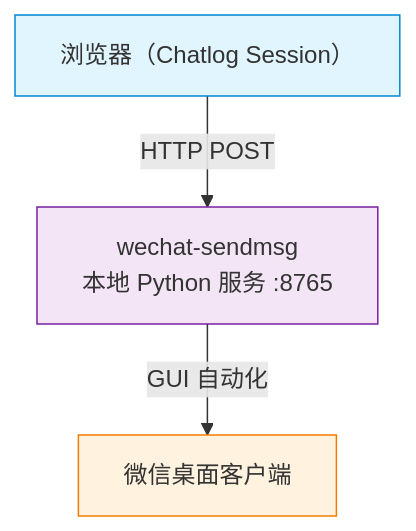
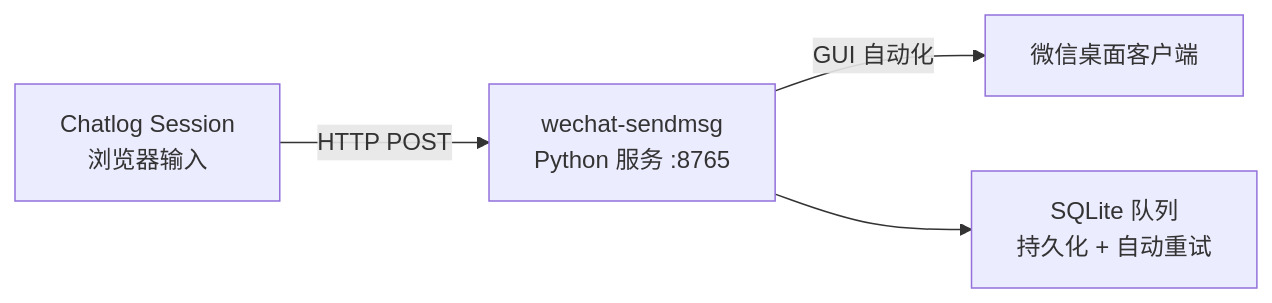
The second of 2 diagrams in README.md (xlight/chatlog-session), drawn with Mermaid before and after one commit. The commit also changed other lines of this file, not shown here.

````diff
--- a/README.md
+++ b/README.md
@@ -78,16 +68,6 @@
 ```mermaid
-flowchart TB
-    Browser["浏览器（Chatlog Session）"]
-    SendMsg["wechat-sendmsg<br/>本地 Python 服务 :8765"]
-    WeChat["微信桌面客户端"]
-
-    Browser -- "HTTP POST" --> SendMsg
-    SendMsg -- "GUI 自动化" --> WeChat
-
-    classDef browser fill:#e1f5fe,stroke:#0288d1
-    classDef service fill:#f3e5f5,stroke:#7b1fa2
-    classDef wechat fill:#fff3e0,stroke:#f57c00
-    class Browser browser
-    class SendMsg service
-    class WeChat wechat
+flowchart LR
+    Browser["Chatlog Session<br/>浏览器输入"] -- "HTTP POST" --> SendMsg["wechat-sendmsg<br/>Python 服务 :8765"]
+    SendMsg -- "GUI 自动化" --> WeChat["微信桌面客户端"]
+    SendMsg --> Queue["SQLite 队列<br/>持久化 + 自动重试"]
 ```
````
